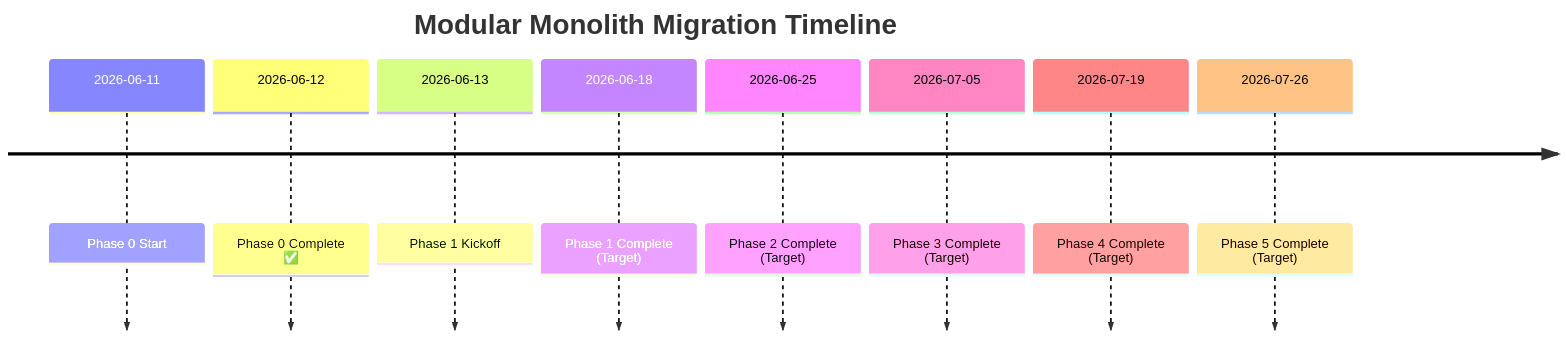
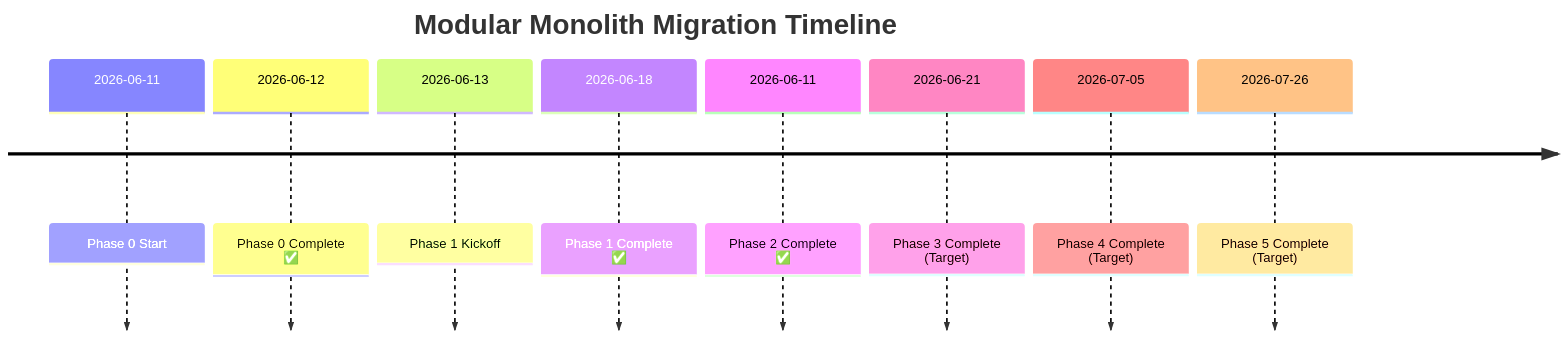
Before and after one commit to vuongngochau2004/kira: the third of 3 diagrams in docs/modular-monolith-migration-progress.md, drawn with Mermaid. The commit also changed other lines of this file and 286 other files, not shown here.

First line of the commit message:
refactor(architecture): update system architecture and remove deprecated files

````diff
--- a/docs/modular-monolith-migration-progress.md
+++ b/docs/modular-monolith-migration-progress.md
@@ -566,12 +1008,12 @@
 ```mermaid
 timeline
     title Modular Monolith Migration Timeline
     2026-06-11 : Phase 0 Start
     2026-06-12 : Phase 0 Complete ✅
     2026-06-13 : Phase 1 Kickoff
-    2026-06-18 : Phase 1 Complete (Target)
-    2026-06-25 : Phase 2 Complete (Target)
-    2026-07-05 : Phase 3 Complete (Target)
-    2026-07-19 : Phase 4 Complete (Target)
+    2026-06-18 : Phase 1 Complete ✅
+    2026-06-11 : Phase 2 Complete ✅
+    2026-06-21 : Phase 3 Complete (Target)
+    2026-07-05 : Phase 4 Complete (Target)
     2026-07-26 : Phase 5 Complete (Target)
 ```
````
